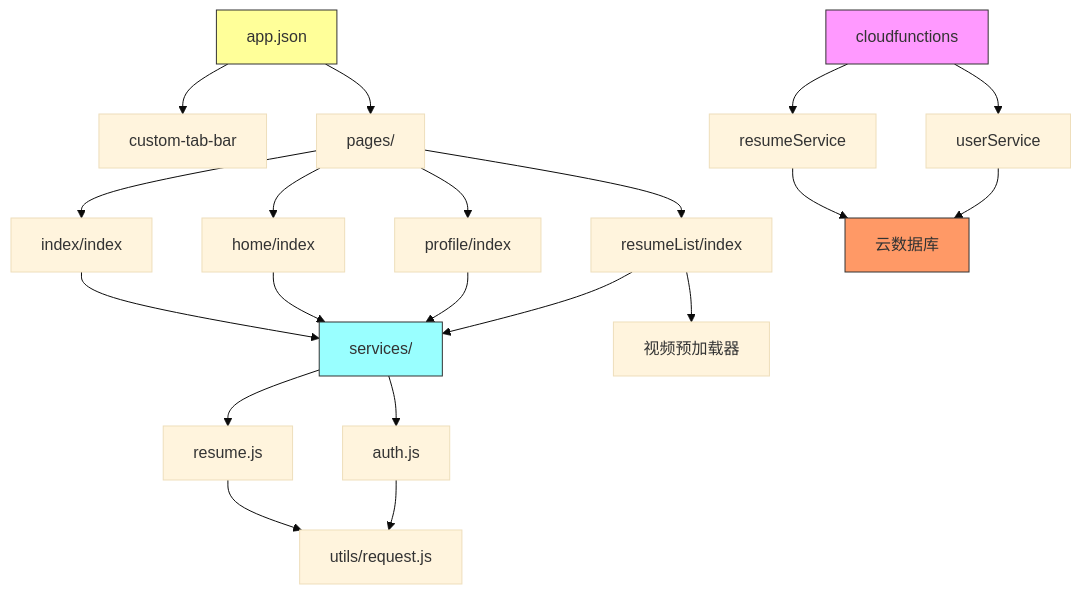
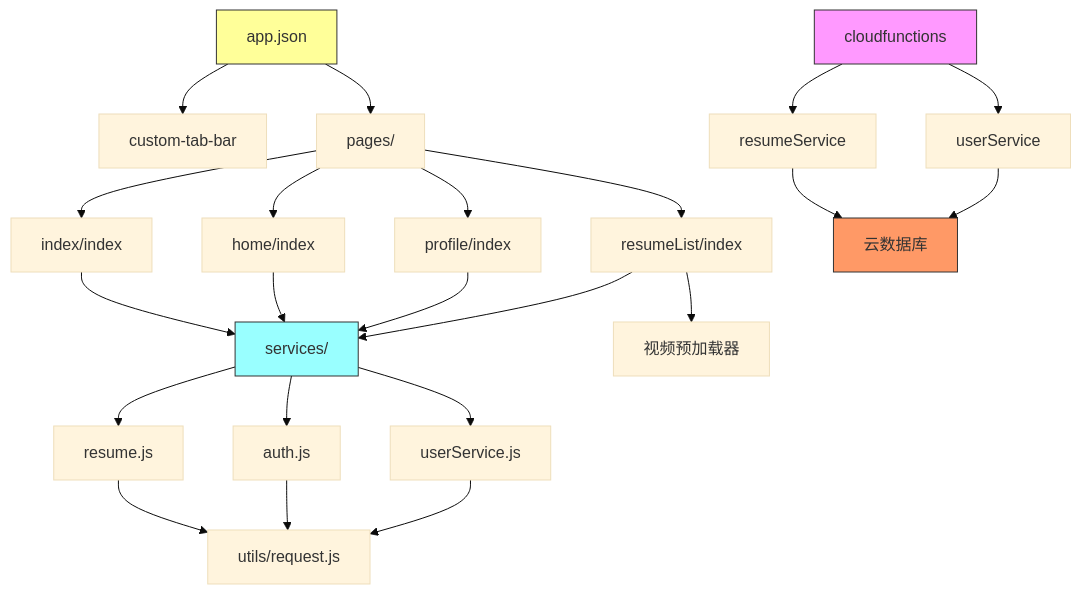
One commit to sunxuebo91/- changed the eighth of 9 diagrams in .qoder/repowiki/zh/content/前端页面/主Tab页面.md. Above: the diagram before and after it, drawn with Mermaid (base theme). The commit also changed other lines of this file and 30 other files, not shown here.

````diff
--- a/.qoder/repowiki/zh/content/前端页面/主Tab页面.md
+++ b/.qoder/repowiki/zh/content/前端页面/主Tab页面.md
@@ -312,26 +324,28 @@
 ```mermaid
 graph TD
 app_json[app.json] --> custom_tab_bar[custom-tab-bar]
 app_json --> pages[pages/]
 pages --> index[index/index]
 pages --> home[home/index]
 pages --> profile[profile/index]
 pages --> resumeList[resumeList/index]
 index --> services[services/]
 home --> services
 profile --> services
 resumeList --> services
 services --> resume_service[resume.js]
 services --> auth_service[auth.js]
+services --> user_service[userService.js]
 resume_service --> request[utils/request.js]
 auth_service --> request
+user_service --> request
 resumeList --> video_preloader[视频预加载器]
 cloudfunctions --> resumeService[resumeService]
 cloudfunctions --> userService[userService]
 resumeService --> database[云数据库]
 userService --> database
 style app_json fill:#ff9,stroke:#333
 style services fill:#9ff,stroke:#333
 style cloudfunctions fill:#f9f,stroke:#333
 style database fill:#f96,stroke:#333
 ```
````
